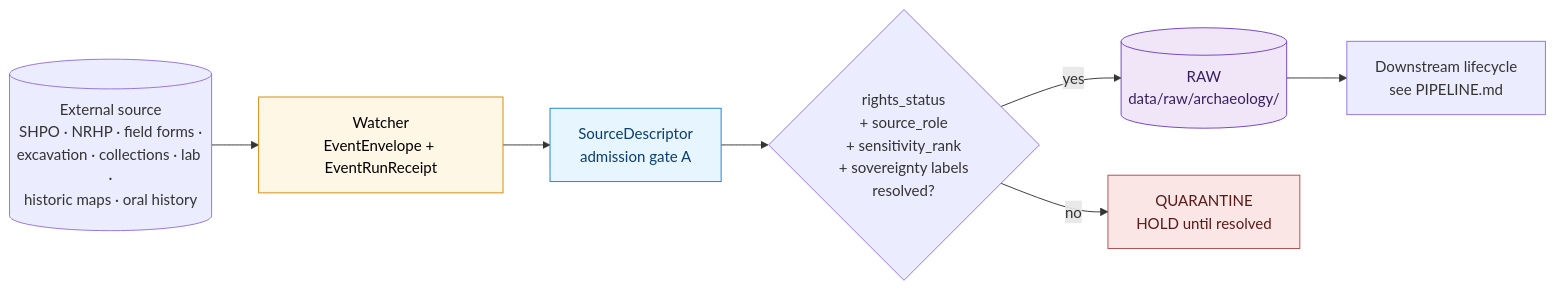
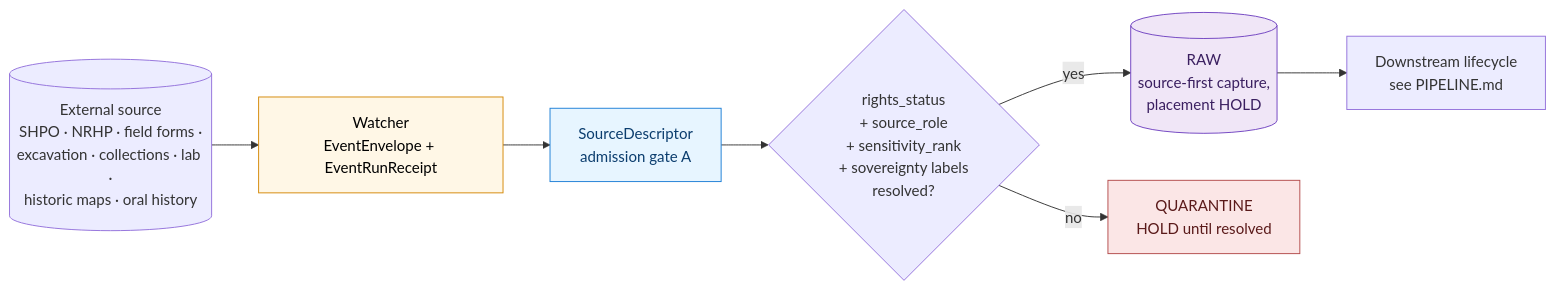
One commit to bartytime4life/Kansas-Frontier-Matrix changed the first of 2 diagrams in docs/domains/archaeology/SOURCES.md. Above: the diagram before and after it, drawn with Mermaid. The commit also changed other lines of this file and 13 other files, not shown here.

First line of the commit message:
docs(archaeology): align RAW placement doctrine with source-first DIR-SOURCE-001

````diff
--- a/docs/domains/archaeology/SOURCES.md
+++ b/docs/domains/archaeology/SOURCES.md
@@ -115,13 +117,13 @@
 ```mermaid
 flowchart LR
   EXT[(External source<br/>SHPO · NRHP · field forms ·<br/>excavation · collections · lab ·<br/>historic maps · oral history)] --> WAT[Watcher<br/>EventEnvelope + EventRunReceipt]:::pre
   WAT --> SD[SourceDescriptor<br/>admission gate A]:::adm
   SD --> CONS{rights_status<br/>+ source_role<br/>+ sensitivity_rank<br/>+ sovereignty labels<br/>resolved?}
-  CONS -- yes --> RAW[(RAW<br/>data/raw/archaeology/)]:::raw
+  CONS -- yes --> RAW[("RAW<br/>source-first capture,<br/>placement HOLD")]:::raw
   CONS -- no --> Q[QUARANTINE<br/>HOLD until resolved]:::q
   RAW --> downstream[Downstream lifecycle<br/>see PIPELINE.md]
   classDef pre fill:#fff7e6,stroke:#d48806,color:#000
   classDef adm fill:#e7f5ff,stroke:#1c7ed6,color:#0b3d6e
   classDef raw fill:#f0e6f7,stroke:#6f42c1,color:#3a1f60
   classDef q fill:#fbe6e6,stroke:#b34a4a,color:#5a1a1a
 ```
````
